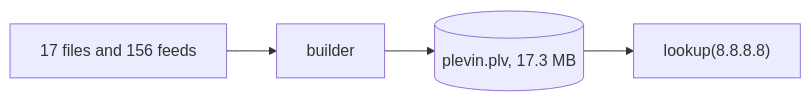
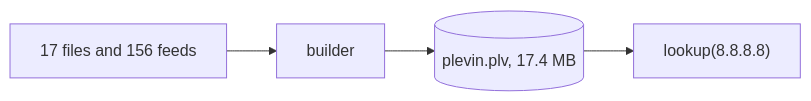
One commit to tn3w/plevin changed the first of 6 diagrams in builder/README.md. Above: the diagram before and after it, drawn with Mermaid. The commit also changed other lines of this file, not shown here.

````diff
--- a/builder/README.md
+++ b/builder/README.md
@@ -22,6 +23,6 @@
 ```mermaid
 flowchart LR
     S["17 files and 156 feeds"] --> B[builder]
-    B --> D[("plevin.plv, 17.3 MB")]
+    B --> D[("plevin.plv, 17.4 MB")]
     D --> Q["lookup(8.8.8.8)"]
 ```
````
